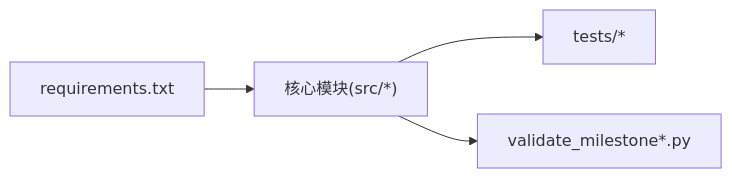
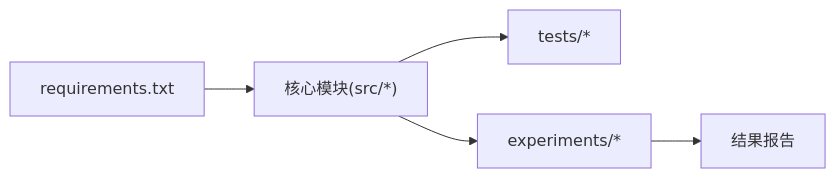
The fifth of 5 diagrams in .qoder/repowiki/zh/content/测试与验证.md (QuStarry/VIB-SparseCommunication), drawn with Mermaid before and after one commit. The commit also changed other lines of this file and 28 other files, not shown here.

````diff
--- a/.qoder/repowiki/zh/content/测试与验证.md
+++ b/.qoder/repowiki/zh/content/测试与验证.md
@@ -205,6 +328,7 @@
 ```mermaid
 graph LR
 Req["requirements.txt"] --> Core["核心模块(src/*)"]
 Core --> Tests["tests/*"]
-Core --> Milestones["validate_milestone*.py"]
+Core --> Experiments["experiments/*"]
+Experiments --> Reports["结果报告"]
 ```
````
